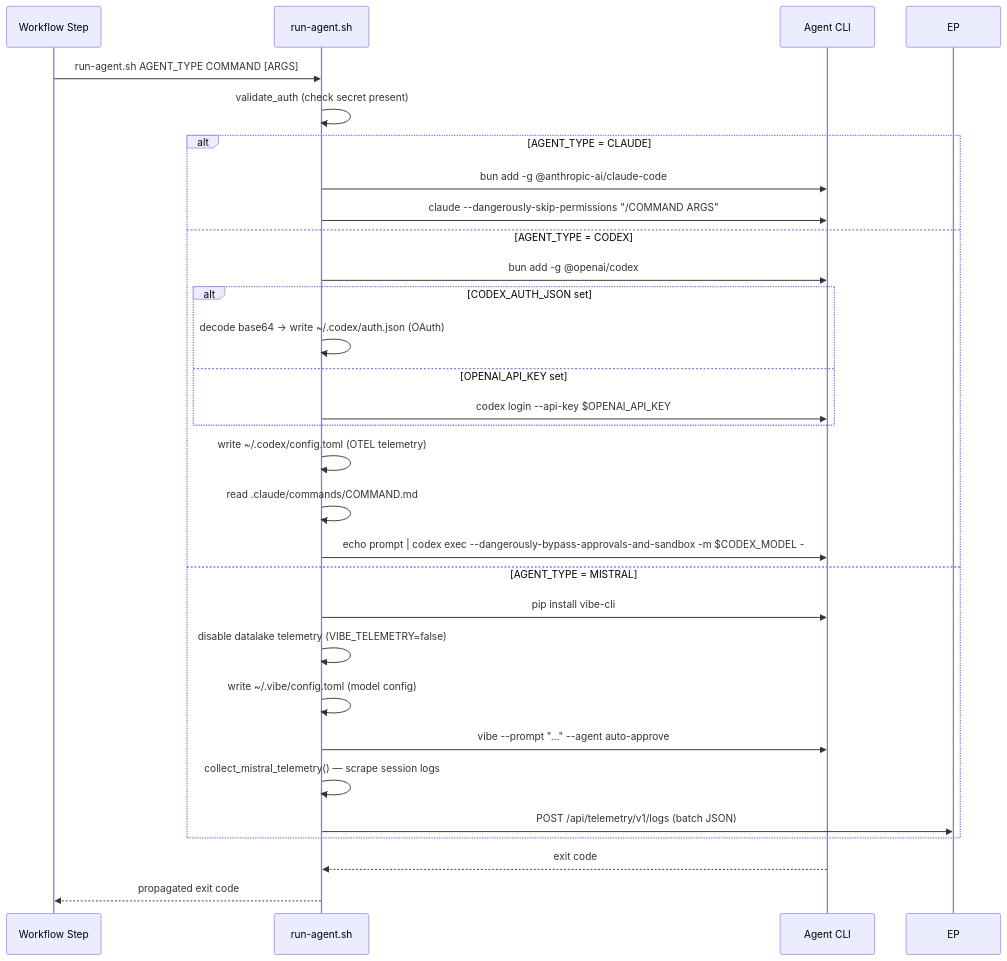
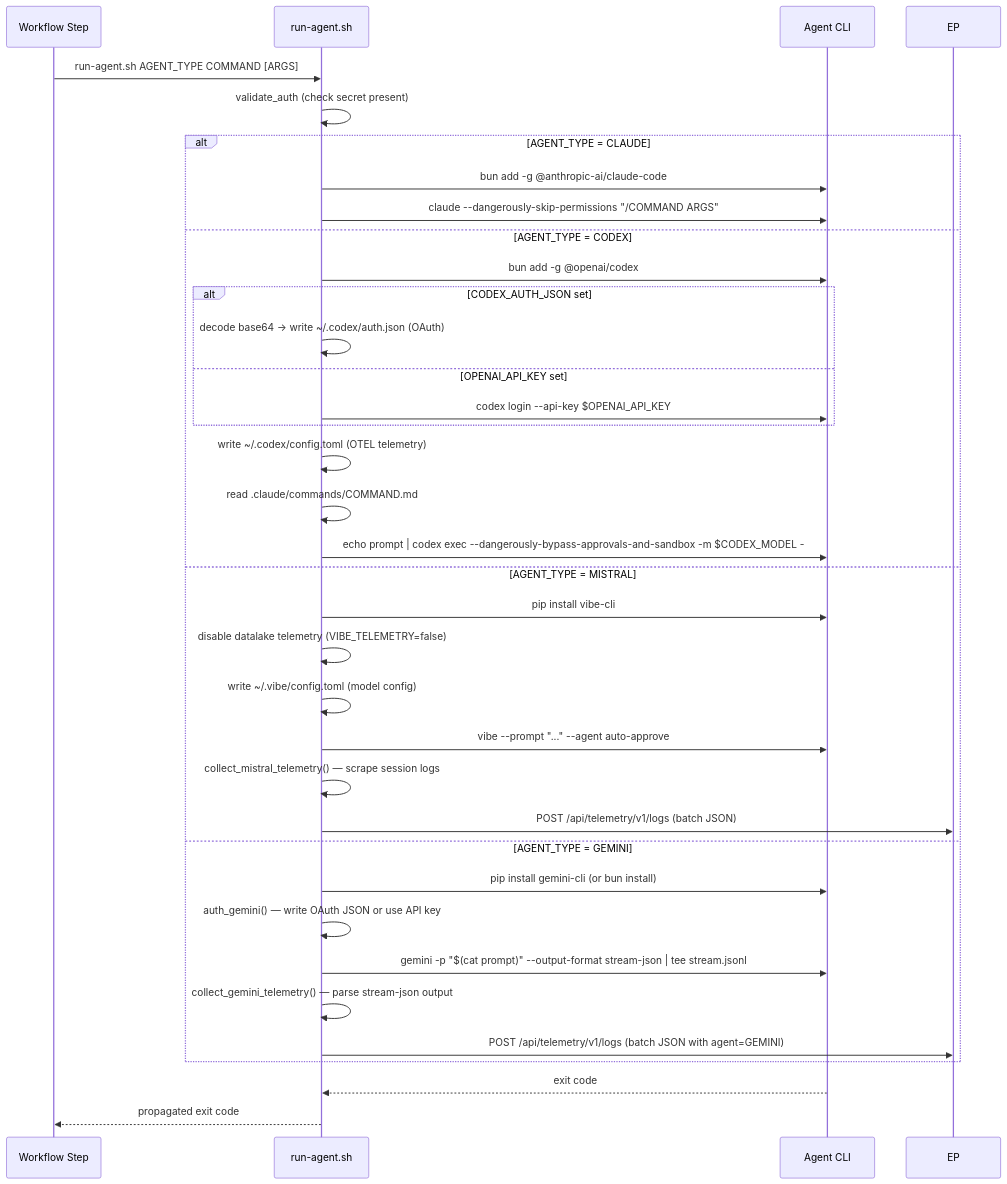
Before and after one commit to bfernandez31/ai-board: the second of 5 diagrams in specs/specifications/technical/implementation/integrations.md, drawn with Mermaid. The commit also changed other lines of this file and 3 other files, not shown here.

````diff
--- a/specs/specifications/technical/implementation/integrations.md
+++ b/specs/specifications/technical/implementation/integrations.md
@@ -492,32 +493,38 @@
 ```mermaid
 sequenceDiagram
     participant WF as Workflow Step
     participant RS as run-agent.sh
     participant CLI as Agent CLI
 
     WF->>RS: run-agent.sh AGENT_TYPE COMMAND [ARGS]
     RS->>RS: validate_auth (check secret present)
     alt AGENT_TYPE = CLAUDE
         RS->>CLI: bun add -g @anthropic-ai/claude-code
         RS->>CLI: claude --dangerously-skip-permissions "/COMMAND ARGS"
     else AGENT_TYPE = CODEX
         RS->>CLI: bun add -g @openai/codex
         alt CODEX_AUTH_JSON set
             RS->>RS: decode base64 → write ~/.codex/auth.json (OAuth)
         else OPENAI_API_KEY set
             RS->>CLI: codex login --api-key $OPENAI_API_KEY
         end
         RS->>RS: write ~/.codex/config.toml (OTEL telemetry)
         RS->>RS: read .claude/commands/COMMAND.md
         RS->>CLI: echo prompt | codex exec --dangerously-bypass-approvals-and-sandbox -m $CODEX_MODEL -
     else AGENT_TYPE = MISTRAL
         RS->>CLI: pip install vibe-cli
         RS->>RS: disable datalake telemetry (VIBE_TELEMETRY=false)
         RS->>RS: write ~/.vibe/config.toml (model config)
         RS->>CLI: vibe --prompt "..." --agent auto-approve
         RS->>RS: collect_mistral_telemetry() — scrape session logs
         RS->>EP: POST /api/telemetry/v1/logs (batch JSON)
+    else AGENT_TYPE = GEMINI
+        RS->>CLI: pip install gemini-cli (or bun install)
+        RS->>RS: auth_gemini() — write OAuth JSON or use API key
+        RS->>CLI: gemini -p "$(cat prompt)" --output-format stream-json | tee stream.jsonl
+        RS->>RS: collect_gemini_telemetry() — parse stream-json output
+        RS->>EP: POST /api/telemetry/v1/logs (batch JSON with agent=GEMINI)
     end
     CLI-->>RS: exit code
     RS-->>WF: propagated exit code
 ```
````
